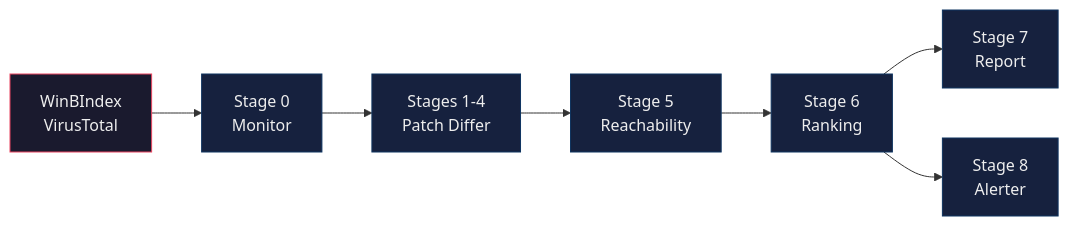
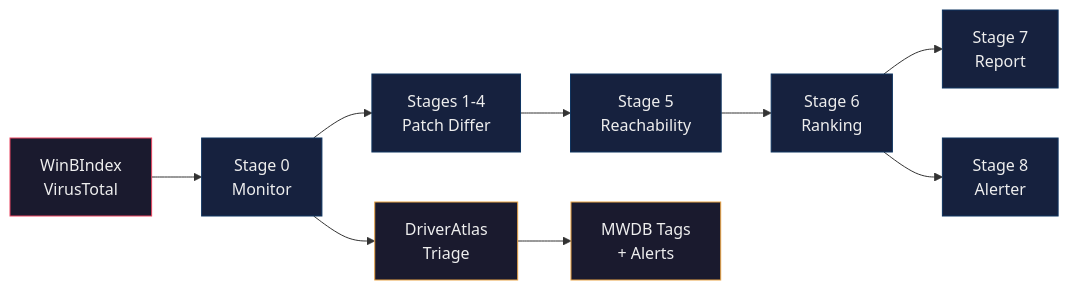
One commit to splintersfury/AutoPiff changed the diagram in README.md. Above: the diagram before and after it, drawn with Mermaid. The commit also changed other lines of this file, not shown here.

Commit message:
Update README with DriverAtlas triage stage, updated diagram, and test count

````diff
--- a/README.md
+++ b/README.md
@@ -100,12 +100,15 @@
 ```mermaid
 graph LR
     sources["WinBIndex<br/>VirusTotal"]:::src --> s0["Stage 0<br/>Monitor"]
     s0 --> s14["Stages 1-4<br/>Patch Differ"]
+    s0 --> triage["DriverAtlas<br/>Triage"]:::triage
     s14 --> s5["Stage 5<br/>Reachability"]
     s5 --> s6["Stage 6<br/>Ranking"]
     s6 --> s7["Stage 7<br/>Report"]
     s6 --> s8["Stage 8<br/>Alerter"]
+    triage --> alerts["MWDB Tags<br/>+ Alerts"]:::triage
 
     classDef src fill:#1a1a2e,stroke:#e94560,color:#eee
+    classDef triage fill:#1a1a2e,stroke:#e9a345,color:#eee
     classDef default fill:#16213e,stroke:#0f3460,color:#eee
 ```
````
